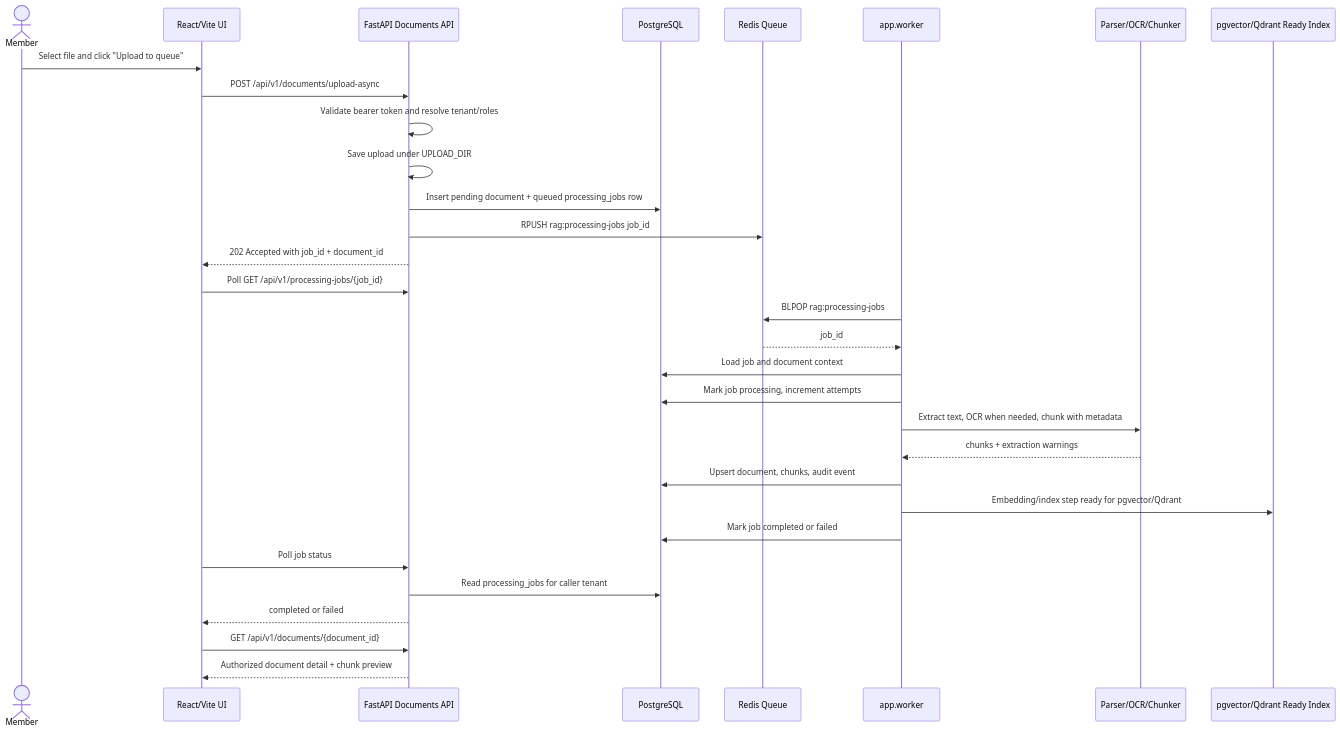
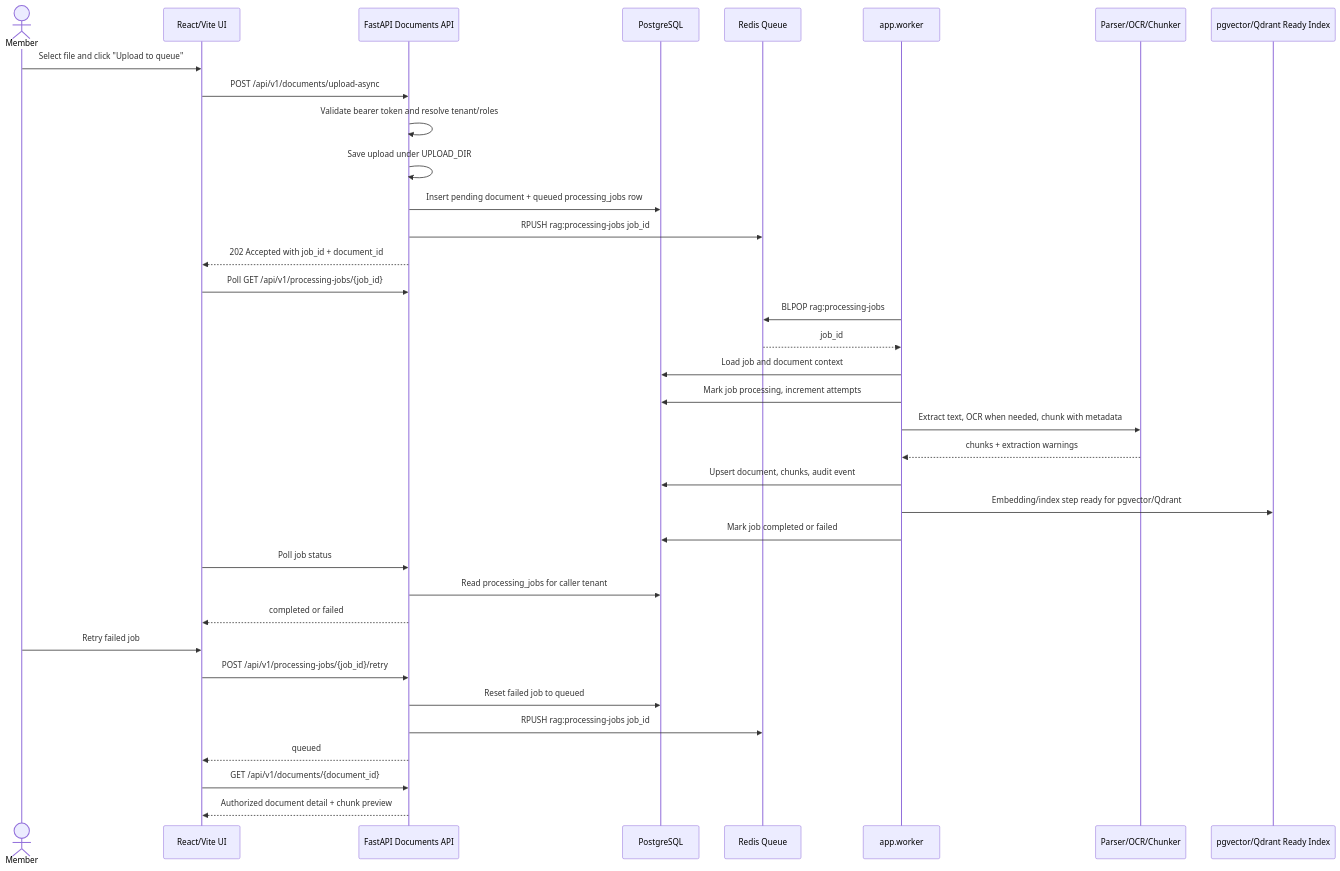
The second of 10 diagrams in docs/flow-diagrams.md (lnrdwarampudis-git/rag-saas-docs-ingestion-poc), drawn with Mermaid before and after one commit. The commit also changed 10 other files, not shown here.

Commit message:
Add processing job retry controls

````diff
--- a/docs/flow-diagrams.md
+++ b/docs/flow-diagrams.md
@@ -37,34 +37,39 @@
 ```mermaid
 sequenceDiagram
   actor Member
   participant UI as React/Vite UI
   participant API as FastAPI Documents API
   participant DB as PostgreSQL
   participant Redis as Redis Queue
   participant Worker as app.worker
   participant Parser as Parser/OCR/Chunker
   participant Vector as pgvector/Qdrant Ready Index
 
   Member->>UI: Select file and click "Upload to queue"
   UI->>API: POST /api/v1/documents/upload-async
   API->>API: Validate bearer token and resolve tenant/roles
   API->>API: Save upload under UPLOAD_DIR
   API->>DB: Insert pending document + queued processing_jobs row
   API->>Redis: RPUSH rag:processing-jobs job_id
   API-->>UI: 202 Accepted with job_id + document_id
   UI->>API: Poll GET /api/v1/processing-jobs/{job_id}
   Worker->>Redis: BLPOP rag:processing-jobs
   Redis-->>Worker: job_id
   Worker->>DB: Load job and document context
   Worker->>DB: Mark job processing, increment attempts
   Worker->>Parser: Extract text, OCR when needed, chunk with metadata
   Parser-->>Worker: chunks + extraction warnings
   Worker->>DB: Upsert document, chunks, audit event
   Worker->>Vector: Embedding/index step ready for pgvector/Qdrant
   Worker->>DB: Mark job completed or failed
   UI->>API: Poll job status
   API->>DB: Read processing_jobs for caller tenant
   API-->>UI: completed or failed
+  Member->>UI: Retry failed job
+  UI->>API: POST /api/v1/processing-jobs/{job_id}/retry
+  API->>DB: Reset failed job to queued
+  API->>Redis: RPUSH rag:processing-jobs job_id
+  API-->>UI: queued
   UI->>API: GET /api/v1/documents/{document_id}
   API-->>UI: Authorized document detail + chunk preview
 ```
````
